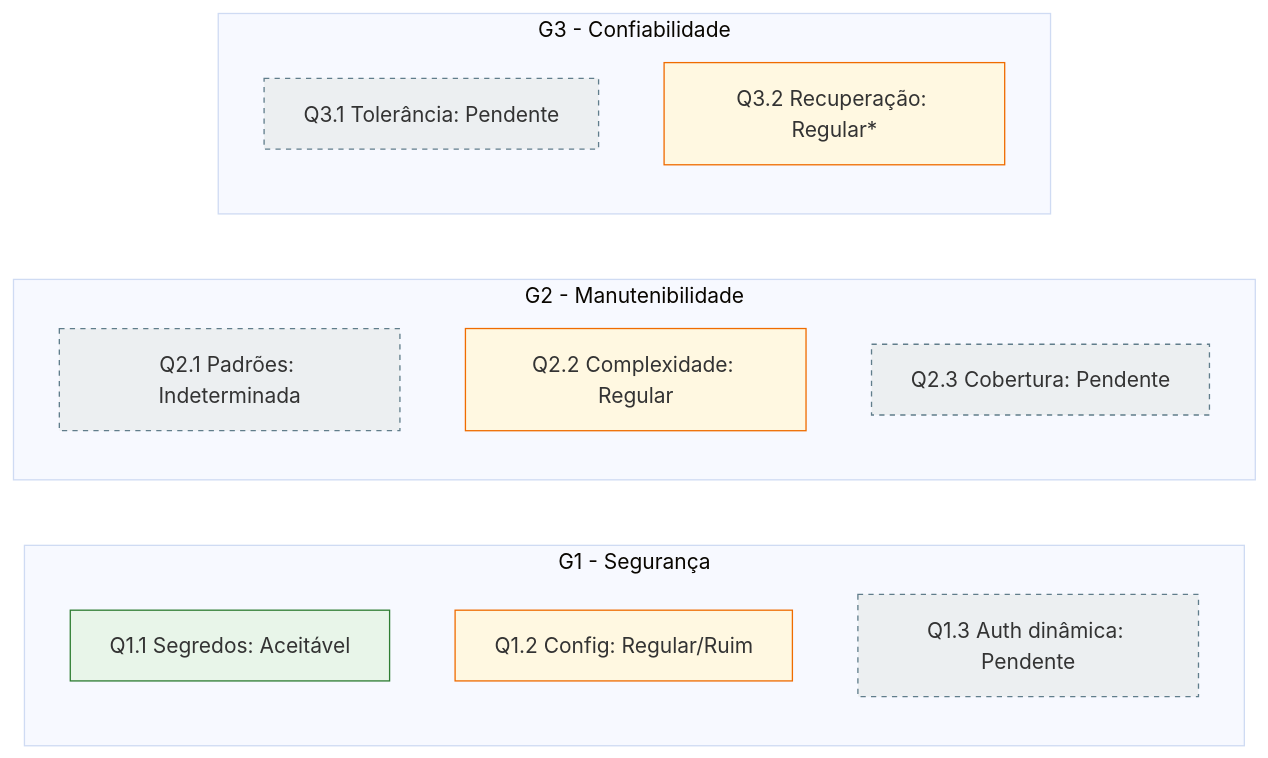
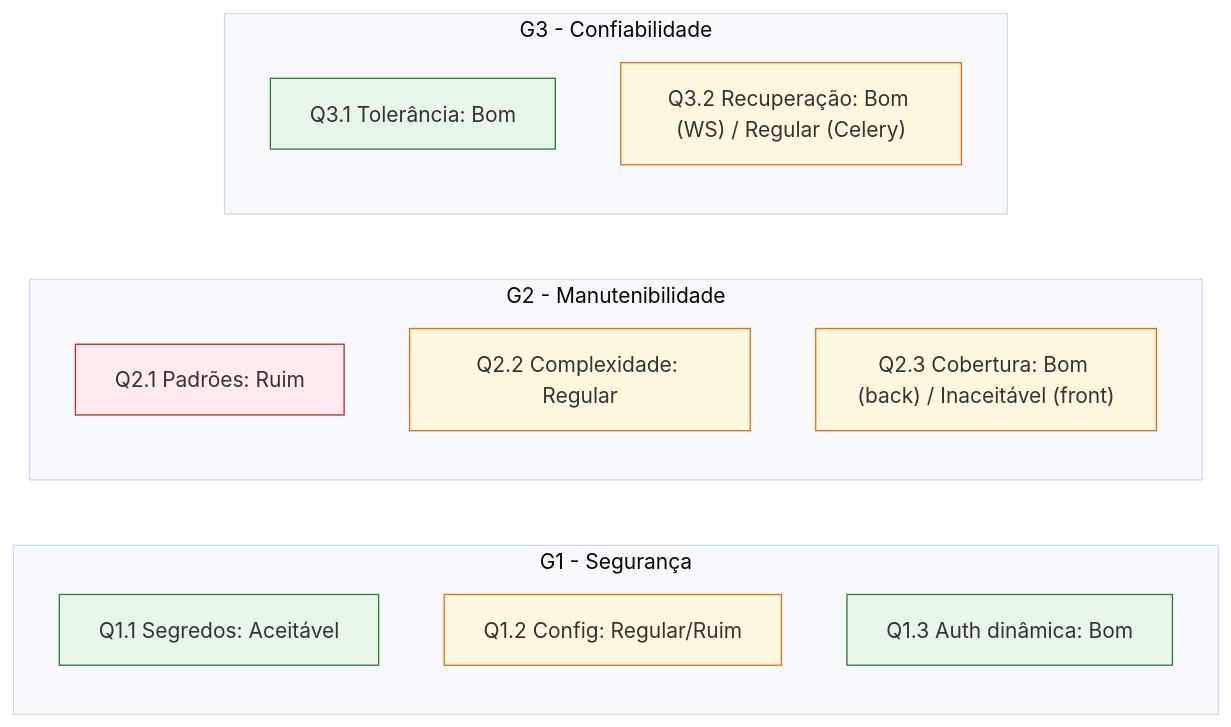
The diagram in docs/fase4/03-analise-resposta-gqm.md (FCTE-Qualidade-de-Software-1/2026-1_T02_RADIA_PERLMAN), drawn with Mermaid before and after one commit. The commit also changed other lines of this file and 3 other files, not shown here.

````diff
--- a/docs/fase4/03-analise-resposta-gqm.md
+++ b/docs/fase4/03-analise-resposta-gqm.md
@@ -208,24 +243,24 @@
 ```mermaid
 %%{init: {'theme':'base'}}%%
 graph LR
     subgraph G1["G1 - Segurança"]
         direction TB
         A["Q1.1 Segredos: Aceitável"]:::ok
         B["Q1.2 Config: Regular/Ruim"]:::warn
-        C["Q1.3 Auth dinâmica: Pendente"]:::pend
+        C["Q1.3 Auth dinâmica: Bom"]:::ok
     end
     subgraph G2["G2 - Manutenibilidade"]
         direction TB
-        D["Q2.1 Padrões: Indeterminada"]:::pend
+        D["Q2.1 Padrões: Ruim"]:::bad
         E["Q2.2 Complexidade: Regular"]:::warn
-        F["Q2.3 Cobertura: Pendente"]:::pend
+        F["Q2.3 Cobertura: Bom (back) / Inaceitável (front)"]:::warn
     end
     subgraph G3["G3 - Confiabilidade"]
         direction TB
-        H["Q3.1 Tolerância: Pendente"]:::pend
-        I["Q3.2 Recuperação: Regular*"]:::warn
+        H["Q3.1 Tolerância: Bom"]:::ok
+        I["Q3.2 Recuperação: Bom (WS) / Regular (Celery)"]:::warn
     end
     classDef ok fill:#e8f5e9,stroke:#2e7d32;
     classDef warn fill:#fff8e1,stroke:#ef6c00;
-    classDef pend fill:#eceff1,stroke:#607d8b,stroke-dasharray: 4 4;
+    classDef bad fill:#ffebee,stroke:#c62828;
 ```
````
